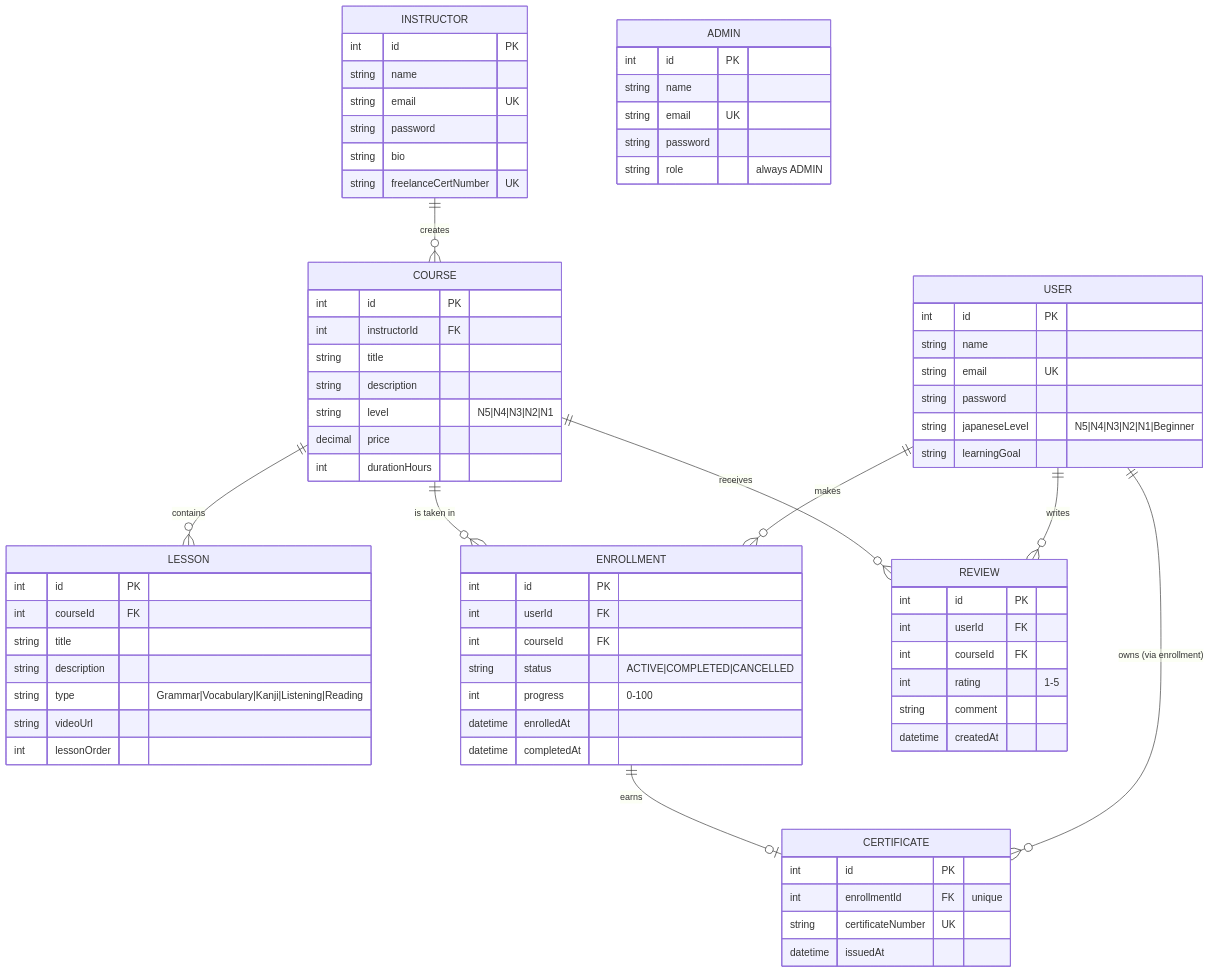
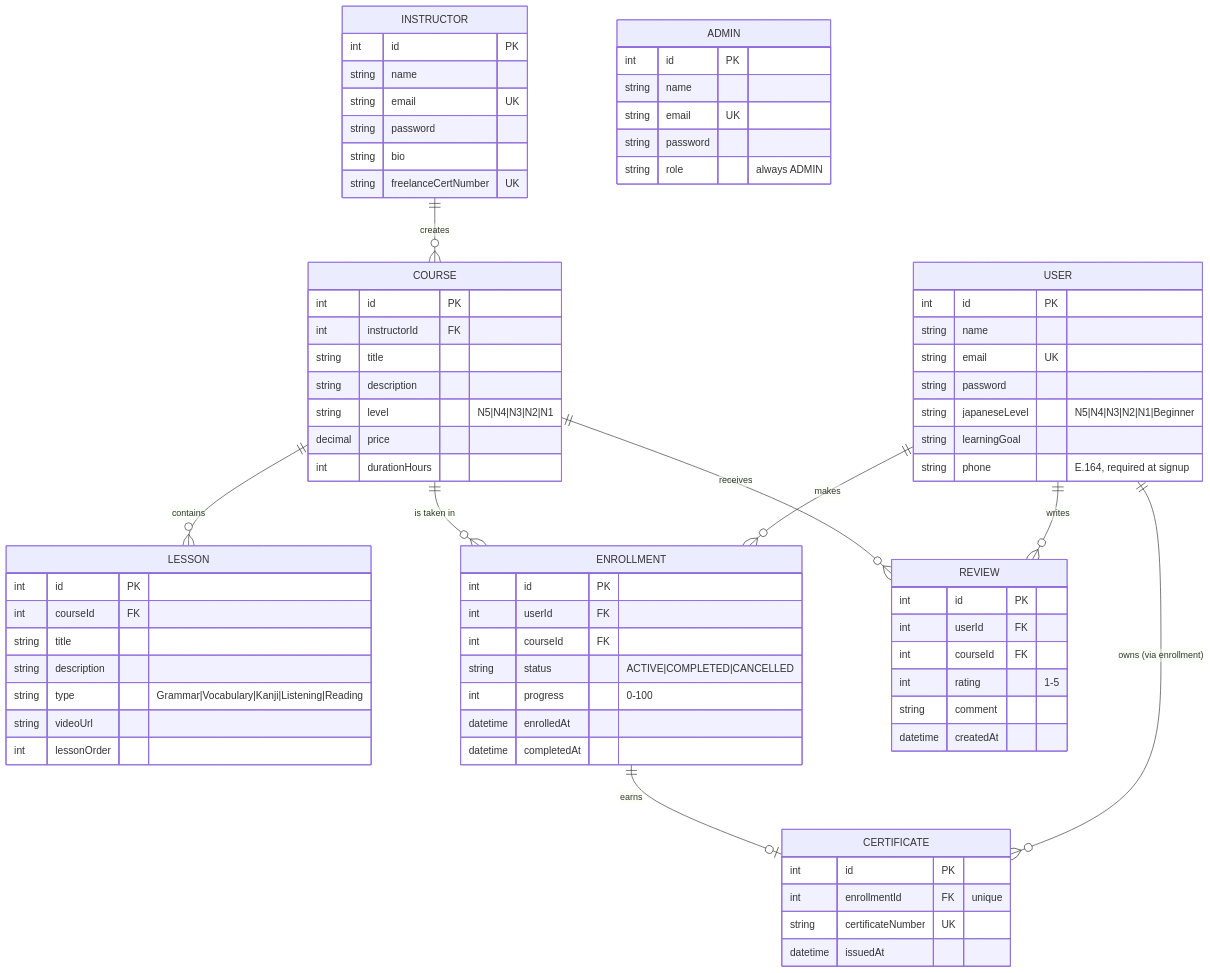
One commit to fadhelalmalki/jisr-nihongo-platform changed the diagram in README.md. Above: the diagram before and after it, drawn with Mermaid. The commit also changed other lines of this file and 16 other files, not shown here.

```diff
--- a/README.md
+++ b/README.md
@@ -203,6 +227,7 @@
         string password
         string japaneseLevel "N5|N4|N3|N2|N1|Beginner"
         string learningGoal
+        string phone "E.164, required at signup"
     }
 
     INSTRUCTOR {
```
